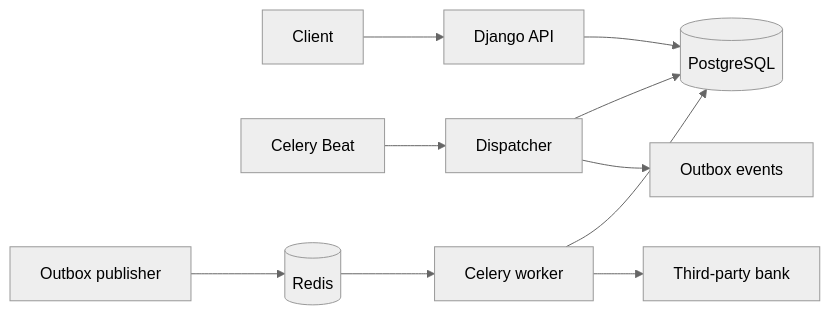
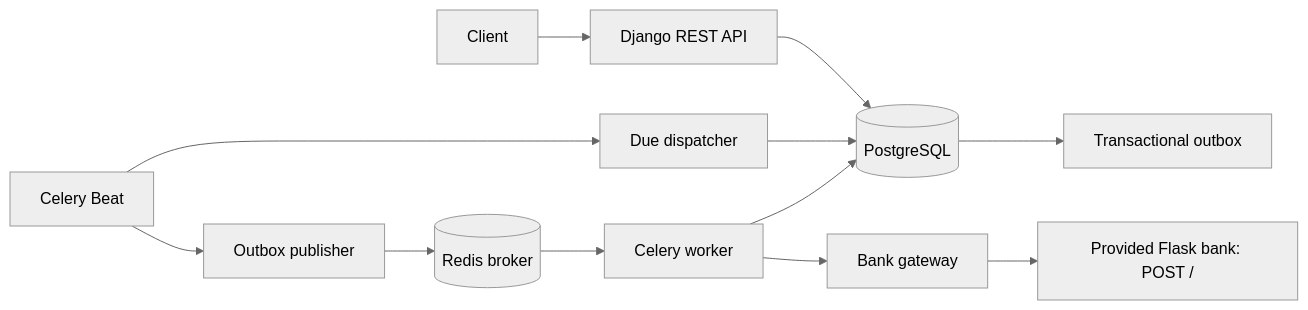
The first of 3 diagrams in docs/architecture.md (fbluewhale/wallet_manager), drawn with Mermaid (neutral theme) before and after one commit. The commit also changed other lines of this file and 38 other files, not shown here.

Commit message:
docs: update architecture guide, diagram, and readme with outbox and reconciliation details

````diff
--- a/docs/architecture.md
+++ b/docs/architecture.md
@@ -7,12 +9,14 @@
 ```mermaid
 flowchart LR
-    Client --> API[Django API]
-    API --> PG[(PostgreSQL)]
-    Beat[Celery Beat] --> Dispatcher
-    Dispatcher --> PG
-    Dispatcher --> Outbox[Outbox events]
-    Publisher[Outbox publisher] --> Redis[(Redis)]
-    Redis --> Worker[Celery worker]
-    Worker --> PG
-    Worker --> Bank[Third-party bank]
+  C[Client] --> A[Django REST API]
+  A --> P[(PostgreSQL)]
+  B[Celery Beat] --> D[Due dispatcher]
+  D --> P
+  P --> O[Transactional outbox]
+  B --> OP[Outbox publisher]
+  OP --> R[(Redis broker)]
+  R --> W[Celery worker]
+  W --> P
+  W --> G[Bank gateway]
+  G --> X[Provided Flask bank: POST /]
 ```
````
